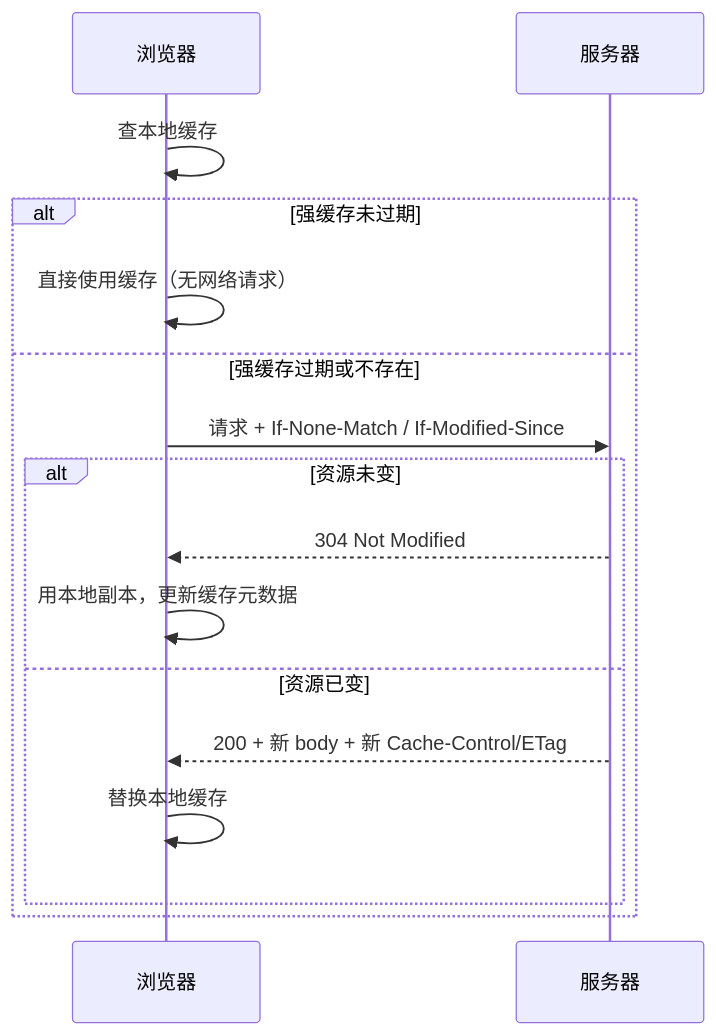
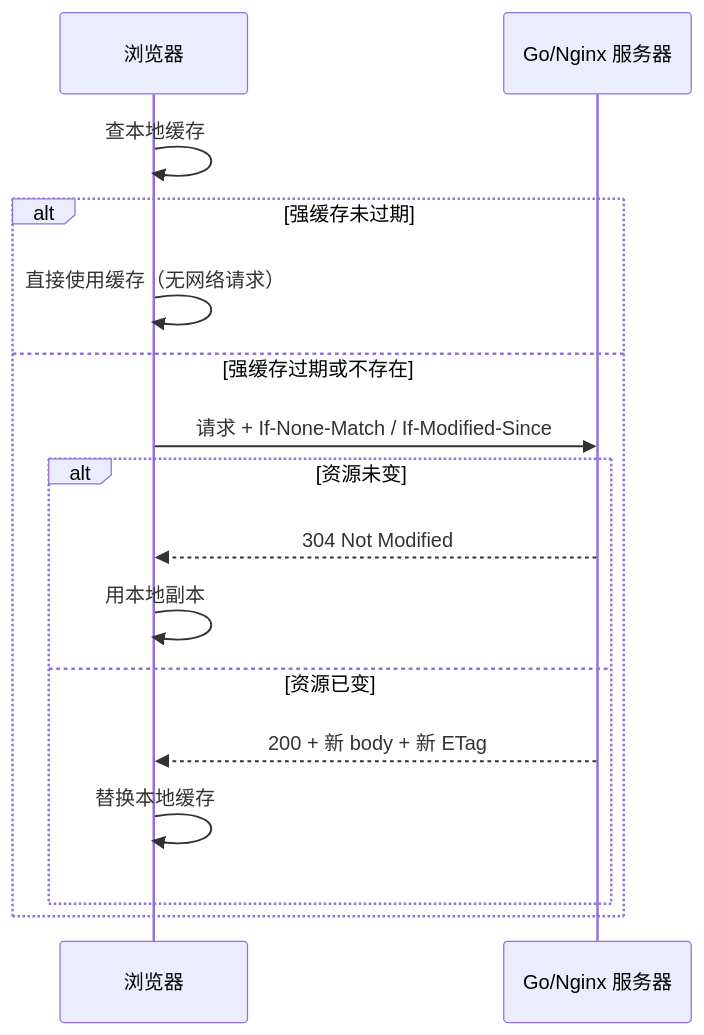
The second of 7 diagrams in 前端学习/计算机网络/06-缓存Cookie与会话机制.md (moqix26/study), drawn with Mermaid before and after one commit. The commit also changed other lines of this file and 10 other files, not shown here.

````diff
--- a/前端学习/计算机网络/06-缓存Cookie与会话机制.md
+++ b/前端学习/计算机网络/06-缓存Cookie与会话机制.md
@@ -157,19 +161,19 @@
 ```mermaid
 sequenceDiagram
     participant B as 浏览器
-    participant S as 服务器
+    participant S as Go/Nginx 服务器
 
     B->>B: 查本地缓存
     alt 强缓存未过期
         B->>B: 直接使用缓存（无网络请求）
     else 强缓存过期或不存在
         B->>S: 请求 + If-None-Match / If-Modified-Since
         alt 资源未变
             S-->>B: 304 Not Modified
-            B->>B: 用本地副本，更新缓存元数据
+            B->>B: 用本地副本
         else 资源已变
-            S-->>B: 200 + 新 body + 新 Cache-Control/ETag
+            S-->>B: 200 + 新 body + 新 ETag
             B->>B: 替换本地缓存
         end
     end
 ```
````
